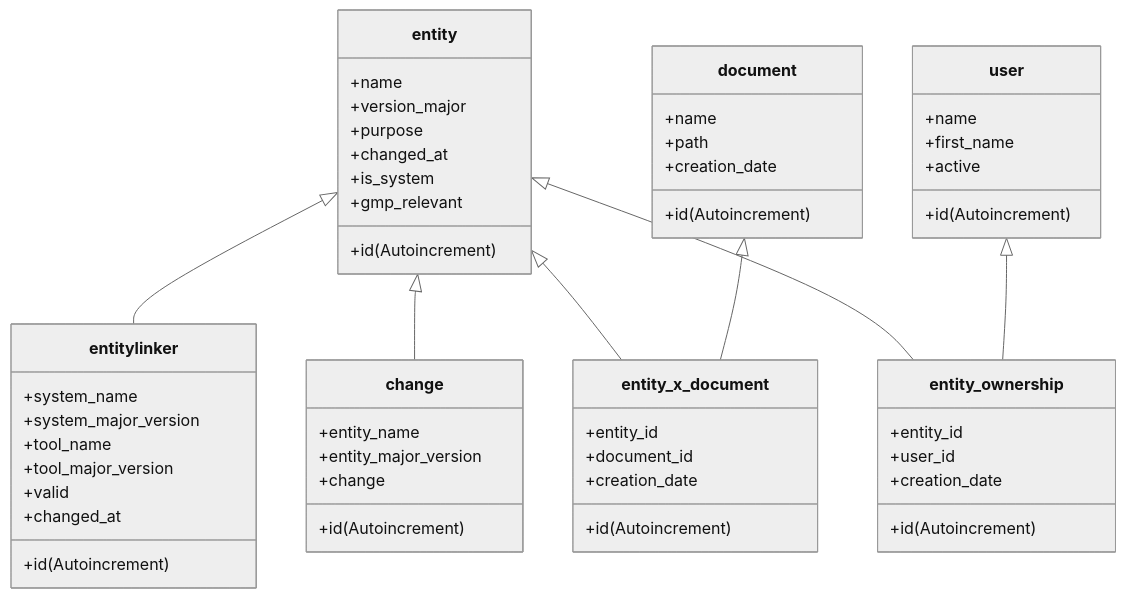
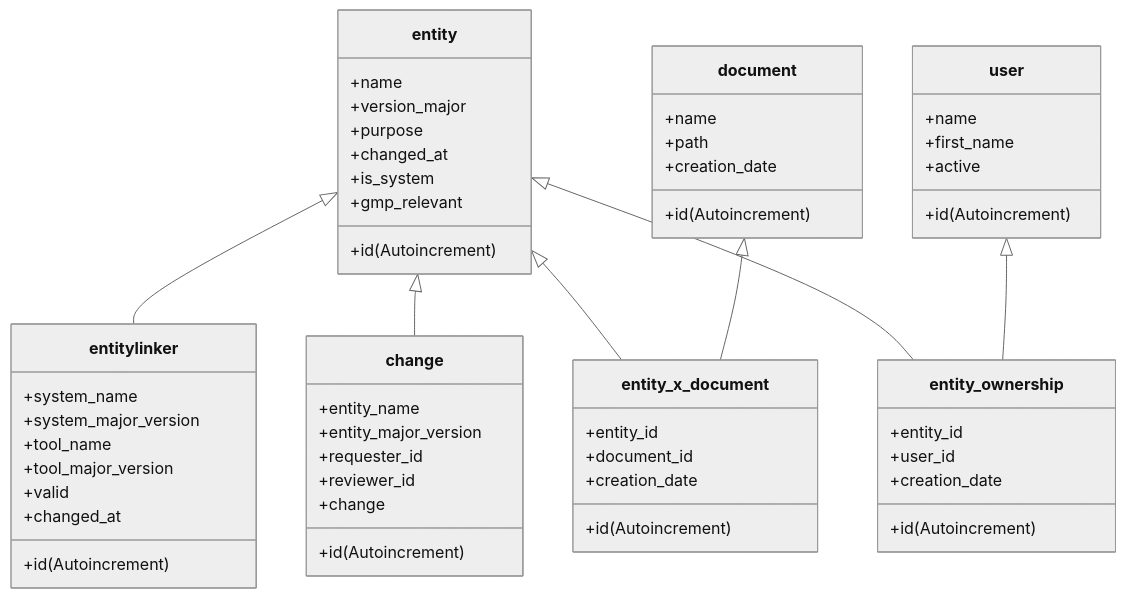
The diagram in backend/doc/database-structure.md (mymichu/koala), drawn with Mermaid (neutral theme) before and after one commit. The commit also changed 21 other files, not shown here.

````diff
--- a/backend/doc/database-structure.md
+++ b/backend/doc/database-structure.md
@@ -5,57 +5,59 @@
 ```mermaid
 classDiagram
     entity <|-- entitylinker
     entity <|-- change
     entity <|-- entity_x_document
     entity <|-- entity_ownership
     user <|-- entity_ownership
     document <|-- entity_x_document
     class entity{
         +id (Autoincrement)
         +name
         +version_major
         +purpose
         +changed_at
         +is_system
         +gmp_relevant
     }
     class entitylinker{
         +id (Autoincrement)
         +system_name
         +system_major_version
         +tool_name
         +tool_major_version
         +valid
         +changed_at
     }
     class entity_x_document{
         +id (Autoincrement)
         +entity_id
         +document_id
         +creation_date
     }
     class change{
         +id (Autoincrement)
         +entity_name
         +entity_major_version
+        +requester_id
+        +reviewer_id
         +change
     }
     class document{
         +id (Autoincrement)
         +name
         +path
         +creation_date
     }
     class entity_ownership{
         +id (Autoincrement)
         +entity_id
         +user_id
         +creation_date
     }
     class user{
         +id (Autoincrement)
         +name
         +first_name
         +active
     }
 ```
````
